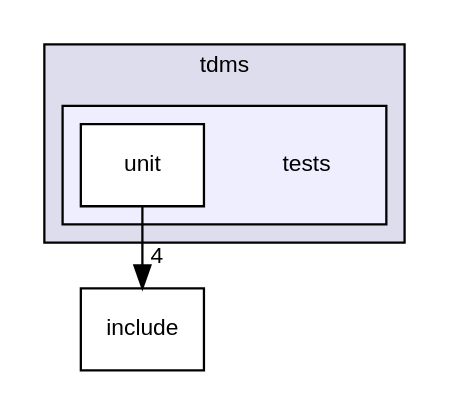
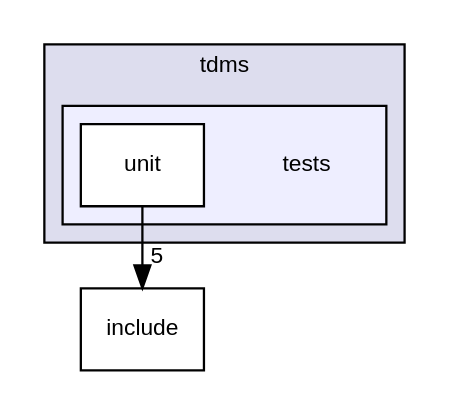
One commit to UCL/TDMS changed the diagram in dir_99e68cfdfe0514ef618d04f980ae72d7_dep.dot. Above: the diagram before and after it, drawn with Graphviz. The commit also changed 83 other files, not shown here.

```diff
--- a/dir_99e68cfdfe0514ef618d04f980ae72d7_dep.dot
+++ b/dir_99e68cfdfe0514ef618d04f980ae72d7_dep.dot
@@ -1,15 +1,15 @@
 digraph "tdms/tests" {
   compound=true
   node [ fontsize="10", fontname="Helvetica"];
   edge [ labelfontsize="10", labelfontname="Helvetica"];
   subgraph clusterdir_dfaedd75726dc0f14b5d7f96fe9da9ad {
     graph [ bgcolor="#ddddee", pencolor="black", label="tdms" fontname="Helvetica", fontsize="10", URL="dir_dfaedd75726dc0f14b5d7f96fe9da9ad.html"]
   subgraph clusterdir_99e68cfdfe0514ef618d04f980ae72d7 {
     graph [ bgcolor="#eeeeff", pencolor="black", label="" URL="dir_99e68cfdfe0514ef618d04f980ae72d7.html"];
     dir_99e68cfdfe0514ef618d04f980ae72d7 [shape=plaintext label="tests"];
     dir_35da79734557ee91ec31d6196f63b455 [shape=box label="unit" color="black" fillcolor="white" style="filled" URL="dir_35da79734557ee91ec31d6196f63b455.html"];
   }
   }
   dir_31151eb6fe72a8c6f09675be35b4e99c [shape=box label="include" URL="dir_31151eb6fe72a8c6f09675be35b4e99c.html"];
-  dir_35da79734557ee91ec31d6196f63b455->dir_31151eb6fe72a8c6f09675be35b4e99c [headlabel="4", labeldistance=1.5 headhref="dir_000005_000002.html"];
+  dir_35da79734557ee91ec31d6196f63b455->dir_31151eb6fe72a8c6f09675be35b4e99c [headlabel="5", labeldistance=1.5 headhref="dir_000005_000002.html"];
 }
```
